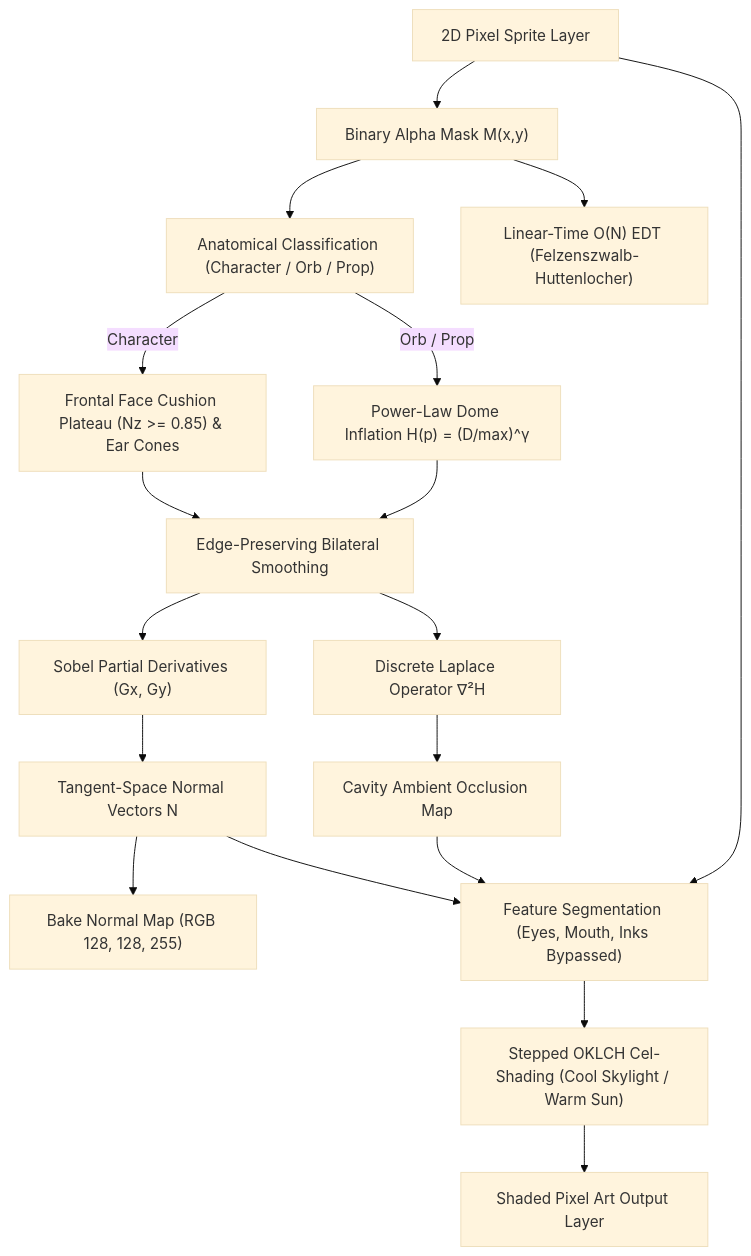
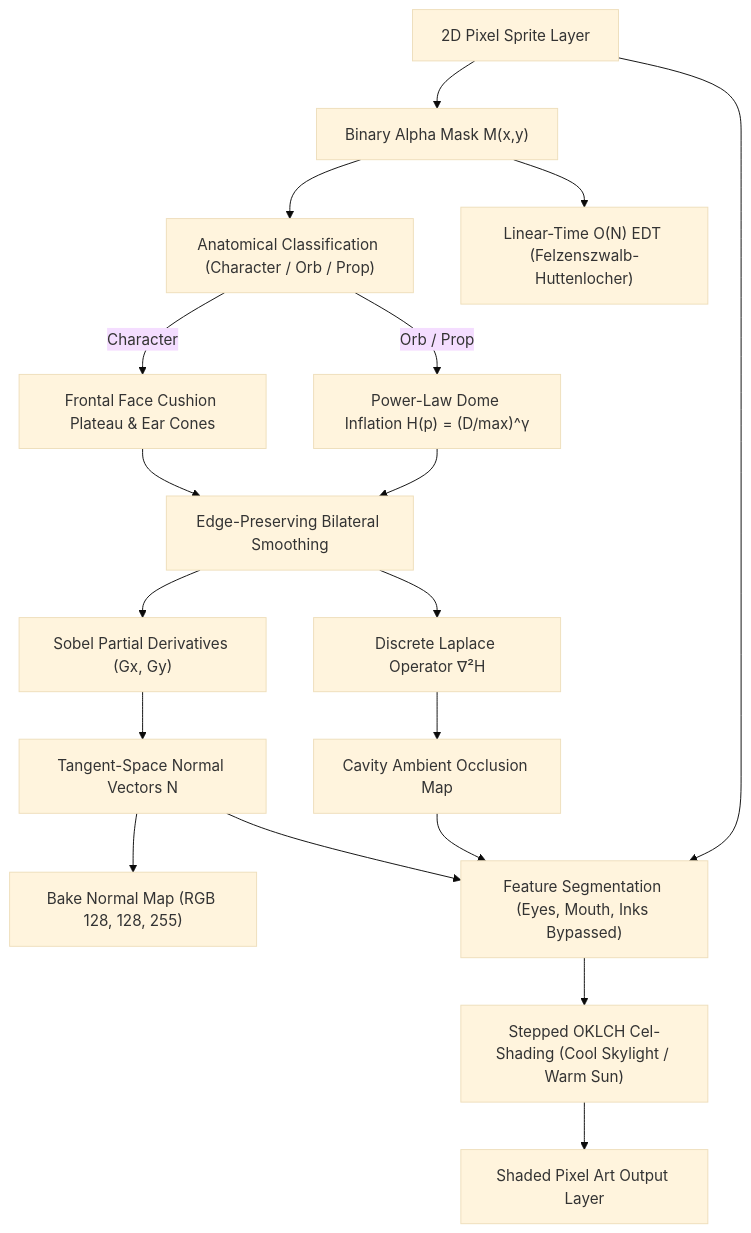
One commit to lxcario/PixiBun changed the third of 7 diagrams in ARCHITECTURE.md. Above: the diagram before and after it, drawn with Mermaid (base theme). The commit also changed other lines of this file and 10 other files, not shown here.

````diff
--- a/ARCHITECTURE.md
+++ b/ARCHITECTURE.md
@@ -115,21 +115,21 @@
 ```mermaid
 graph TD
     RawSprite["2D Pixel Sprite Layer"] --> Mask["Binary Alpha Mask M(x,y)"]
     Mask --> Classify["Anatomical Classification (Character / Orb / Prop)"]
     Mask --> EDT["Linear-Time O(N) EDT (Felzenszwalb-Huttenlocher)"]
     
-    Classify -->|Character| Cushion["Frontal Face Cushion Plateau (Nz >= 0.85) & Ear Cones"]
+    Classify -->|Character| Cushion["Frontal Face Cushion Plateau & Ear Cones"]
     Classify -->|Orb / Prop| Dome["Power-Law Dome Inflation H(p) = (D/max)^γ"]
     
     Cushion & Dome --> Bilateral["Edge-Preserving Bilateral Smoothing"]
     Bilateral --> Sobel["Sobel Partial Derivatives (Gx, Gy)"]
     Sobel --> Normals["Tangent-Space Normal Vectors N"]
     Normals --> Bake["Bake Normal Map (RGB 128, 128, 255)"]
 
     Bilateral --> Laplace["Discrete Laplace Operator ∇²H"]
     Laplace --> AO["Cavity Ambient Occlusion Map"]
 
     Normals & AO & RawSprite --> Protect["Feature Segmentation (Eyes, Mouth, Inks Bypassed)"]
     Protect --> Lighting["Stepped OKLCH Cel-Shading (Cool Skylight / Warm Sun)"]
     Lighting --> FinalOutput["Shaded Pixel Art Output Layer"]
 ```
````
